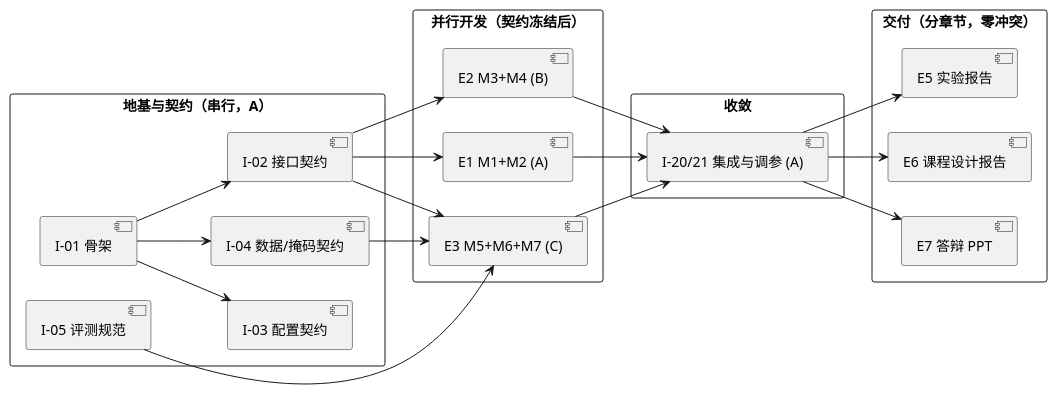
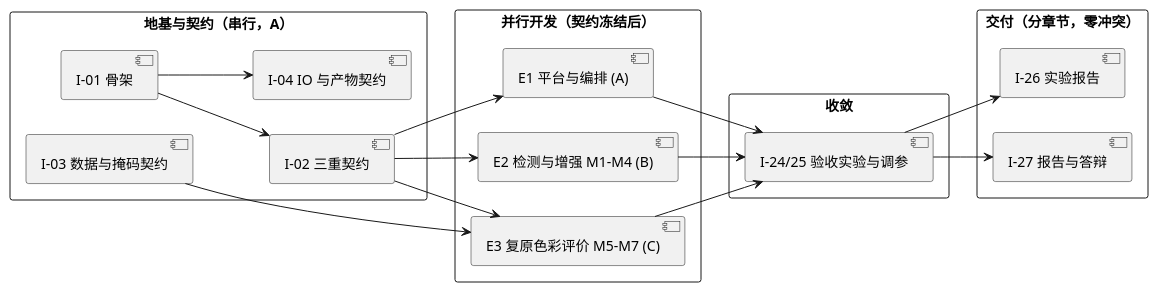
The second of 2 diagrams in docs/issue规划.md (guts-yang/BeautyCam), drawn with PlantUML before and after one commit. The commit also changed other lines of this file and 1 other file, not shown here.

````diff
--- a/docs/issue规划.md
+++ b/docs/issue规划.md
@@ -107,41 +175,36 @@
 ```plantuml
 @startuml
 skinparam defaultFontName "PingFang SC"
 skinparam shadowing false
 left to right direction
 rectangle "地基与契约（串行，A）" as F {
   [I-01 骨架] as n1
-  [I-02 接口契约] as n2
-  [I-03 配置契约] as n3
-  [I-04 数据/掩码契约] as n4
-  [I-05 评测规范] as n5
+  [I-02 三重契约] as n2
+  [I-03 数据与掩码契约] as n3
+  [I-04 IO 与产物契约] as n4
 }
 rectangle "并行开发（契约冻结后）" as P {
-  [E1 M1+M2 (A)] as a
-  [E2 M3+M4 (B)] as b
-  [E3 M5+M6+M7 (C)] as c
+  [E1 平台与编排 (A)] as a
+  [E2 检测与增强 M1-M4 (B)] as b
+  [E3 复原色彩评价 M5-M7 (C)] as c
 }
 rectangle "收敛" as G {
-  [I-20/21 集成与调参 (A)] as g
+  [I-24/25 验收实验与调参] as g
 }
 rectangle "交付（分章节，零冲突）" as D {
-  [E5 实验报告] as d1
-  [E6 课程设计报告] as d2
-  [E7 答辩 PPT] as d3
+  [I-26 实验报告] as d1
+  [I-27 报告与答辩] as d2
 }
 n1 --> n2
-n1 --> n3
 n1 --> n4
+n3 --> c
 n2 --> a
 n2 --> b
 n2 --> c
-n4 --> c
-n5 --> c
 a --> g
 b --> g
 c --> g
 g --> d1
 g --> d2
-g --> d3
 @enduml
 ```
````
